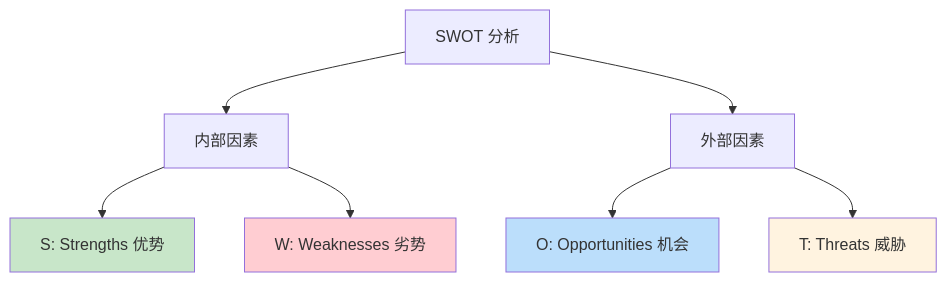
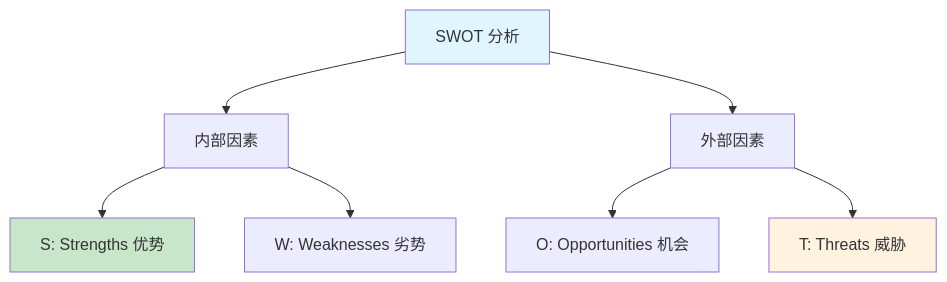
Before and after one commit to chongyang211/YCBookBlog: the second of 6 diagrams in packages/website/11.书籍/05.自我精进·成事/10.SWOT分析方法论.md, drawn with Mermaid. The commit also changed other lines of this file and 6 other files, not shown here.

````diff
--- a/packages/website/11.书籍/05.自我精进·成事/10.SWOT分析方法论.md
+++ b/packages/website/11.书籍/05.自我精进·成事/10.SWOT分析方法论.md
@@ -68,13 +72,12 @@
 ```mermaid
 graph TD
     A[SWOT 分析] --> B[内部因素]
     A --> C[外部因素]
     B --> D[S: Strengths 优势]
     B --> E[W: Weaknesses 劣势]
     C --> F[O: Opportunities 机会]
     C --> G[T: Threats 威胁]
+    style A fill:#e1f5fe
     style D fill:#c8e6c9
-    style E fill:#ffcdd2
-    style F fill:#bbdefb
     style G fill:#fff3e0
 ```
````
